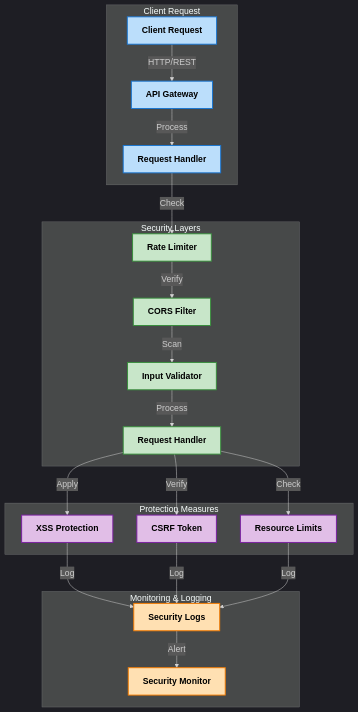
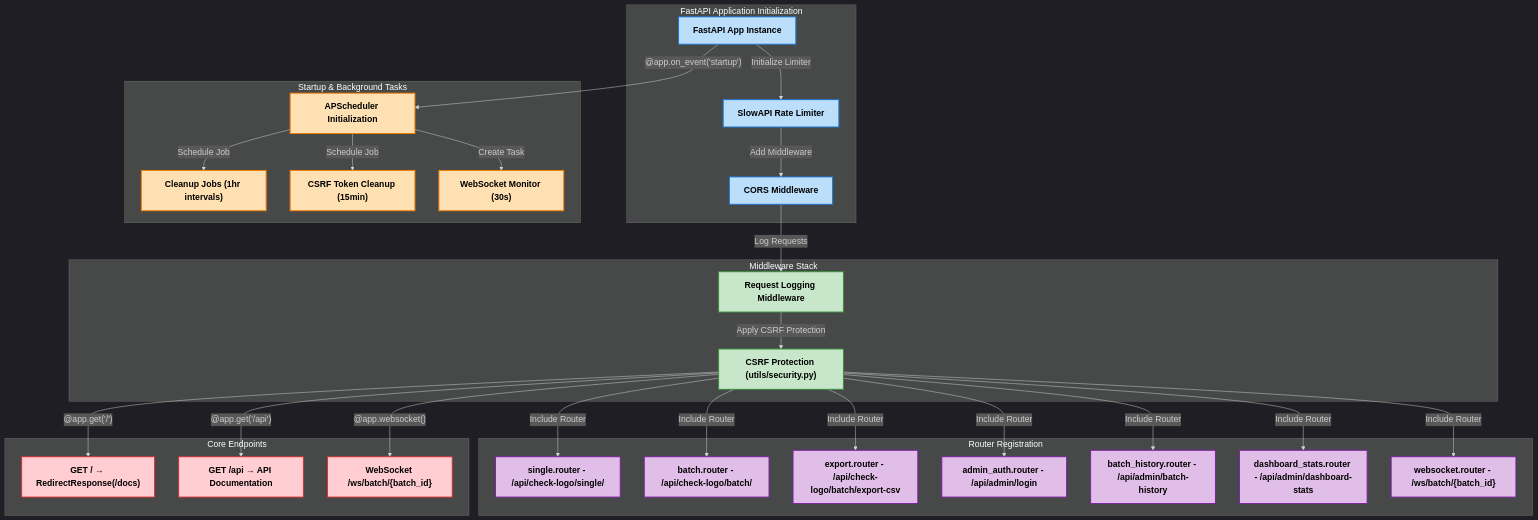
One commit to Dhruv0306/SymphonyProject1 changed the second of 9 diagrams in README.md. Above: the diagram before and after it, drawn with Mermaid. The commit also changed other lines of this file and 38 other files, not shown here.

Commit message:
docs: update documentation for WebSocket heartbeat and scheduler startup- Documented WebSocket heartbeat timeout mechanism- Added notes on scheduler initialization in startup event- Improved inline comments and logging descriptions for clarity

````diff
--- a/README.md
+++ b/README.md
@@ -128,38 +153,55 @@
 ```mermaid
 %%{init: {'theme': 'dark', 'themeVariables': { 'fontFamily': 'arial', 'fontSize': '18px', 'fontWeight': 'bold'}}}%%
 graph TD
-    subgraph "Client Request"
+    subgraph "FastAPI Application Initialization"
         style A fill:#bbdefb,stroke:#1976d2,stroke-width:2px,color:#000000,font-weight:bold
         style B fill:#bbdefb,stroke:#1976d2,stroke-width:2px,color:#000000,font-weight:bold
         style C fill:#bbdefb,stroke:#1976d2,stroke-width:2px,color:#000000,font-weight:bold
-        A[Client Request] -->|"HTTP/REST"| B[API Gateway]
-        B -->|"Process"| C[Request Handler]
+        A["FastAPI App Instance"] -->|"Initialize Limiter"| B["SlowAPI Rate Limiter"]
+        B -->|"Add Middleware"| C["CORS Middleware"]
     end
 
-    subgraph "Security Layers"
-        style D fill:#c8e6c9,stroke:#388e3c,stroke-width:2px,color:#000000,font-weight:bold
-        style E fill:#c8e6c9,stroke:#388e3c,stroke-width:2px,color:#000000,font-weight:bold
-        style F fill:#c8e6c9,stroke:#388e3c,stroke-width:2px,color:#000000,font-weight:bold
-        style G fill:#c8e6c9,stroke:#388e3c,stroke-width:2px,color:#000000,font-weight:bold
-        C -->|"Check"| D[Rate Limiter]
-        D -->|"Verify"| E[CORS Filter]
-        E -->|"Scan"| F[Input Validator]
-        F -->|"Process"| G[Request Handler]
+    subgraph "Middleware Stack"
+        style D1 fill:#c8e6c9,stroke:#388e3c,stroke-width:2px,color:#000000,font-weight:bold
+        style D2 fill:#c8e6c9,stroke:#388e3c,stroke-width:2px,color:#000000,font-weight:bold
+        C -->|"Log Requests"| D1["Request Logging Middleware"]
+        D1 -->|"Apply CSRF Protection"| D2["CSRF Protection (utils/security.py)"]
     end
 
-    subgraph "Protection Measures"
-        style H fill:#e1bee7,stroke:#7b1fa2,stroke-width:2px,color:#000000,font-weight:bold
-        style I fill:#e1bee7,stroke:#7b1fa2,stroke-width:2px,color:#000000,font-weight:bold
-        style J fill:#e1bee7,stroke:#7b1fa2,stroke-width:2px,color:#000000,font-weight:bold
-        G -->|"Apply"| H[XSS Protection]
-        G -->|"Verify"| I[CSRF Token]
-        G -->|"Check"| J[Resource Limits]
+    subgraph "Router Registration"
+        style E1 fill:#e1bee7,stroke:#7b1fa2,stroke-width:2px,color:#000000,font-weight:bold
+        style E2 fill:#e1bee7,stroke:#7b1fa2,stroke-width:2px,color:#000000,font-weight:bold
+        style E3 fill:#e1bee7,stroke:#7b1fa2,stroke-width:2px,color:#000000,font-weight:bold
+        style E4 fill:#e1bee7,stroke:#7b1fa2,stroke-width:2px,color:#000000,font-weight:bold
+        style E5 fill:#e1bee7,stroke:#7b1fa2,stroke-width:2px,color:#000000,font-weight:bold
+        style E6 fill:#e1bee7,stroke:#7b1fa2,stroke-width:2px,color:#000000,font-weight:bold
+        style E7 fill:#e1bee7,stroke:#7b1fa2,stroke-width:2px,color:#000000,font-weight:bold
+        D2 -->|"Include Router"| E1["single.router - /api/check-logo/single/"]
+        D2 -->|"Include Router"| E2["batch.router - /api/check-logo/batch/"]
+        D2 -->|"Include Router"| E3["export.router - /api/check-logo/batch/export-csv"]
+        D2 -->|"Include Router"| E4["admin_auth.router - /api/admin/login"]
+        D2 -->|"Include Router"| E5["batch_history.router - /api/admin/batch-history"]
+        D2 -->|"Include Router"| E6["dashboard_stats.router - /api/admin/dashboard-stats"]
+        D2 -->|"Include Router"| E7["websocket.router - /ws/batch/{batch_id}"]
     end
 
-    subgraph "Monitoring & Logging"
-        style K fill:#ffe0b2,stroke:#f57c00,stroke-width:2px,color:#000000,font-weight:bold
-        style L fill:#ffe0b2,stroke:#f57c00,stroke-width:2px,color:#000000,font-weight:bold
-        H & I & J -->|"Log"| K[Security Logs]
-        K -->|"Alert"| L[Security Monitor]
+    subgraph "Startup & Background Tasks"
+        style F1 fill:#ffe0b2,stroke:#f57c00,stroke-width:2px,color:#000000,font-weight:bold
+        style F2 fill:#ffe0b2,stroke:#f57c00,stroke-width:2px,color:#000000,font-weight:bold
+        style F3 fill:#ffe0b2,stroke:#f57c00,stroke-width:2px,color:#000000,font-weight:bold
+        style F4 fill:#ffe0b2,stroke:#f57c00,stroke-width:2px,color:#000000,font-weight:bold
+        A -->|"@app.on_event('startup')"| F1["APScheduler Initialization"]
+        F1 -->|"Schedule Job"| F2["Cleanup Jobs (1hr intervals)"]
+        F1 -->|"Schedule Job"| F3["CSRF Token Cleanup (15min)"]
+        F1 -->|"Create Task"| F4["WebSocket Monitor (30s)"]
+    end
+
+    subgraph "Core Endpoints"
+        style G1 fill:#ffcdd2,stroke:#d32f2f,stroke-width:2px,color:#000000,font-weight:bold
+        style G2 fill:#ffcdd2,stroke:#d32f2f,stroke-width:2px,color:#000000,font-weight:bold
+        style G3 fill:#ffcdd2,stroke:#d32f2f,stroke-width:2px,color:#000000,font-weight:bold
+        D2 -->|"@app.get('/')"| G1["GET / → RedirectResponse(/docs)"]
+        D2 -->|"@app.get('/api')"| G2["GET /api → API Documentation"]
+        D2 -->|"@app.websocket()"| G3["WebSocket /ws/batch/{batch_id}"]
     end
 ```
````
